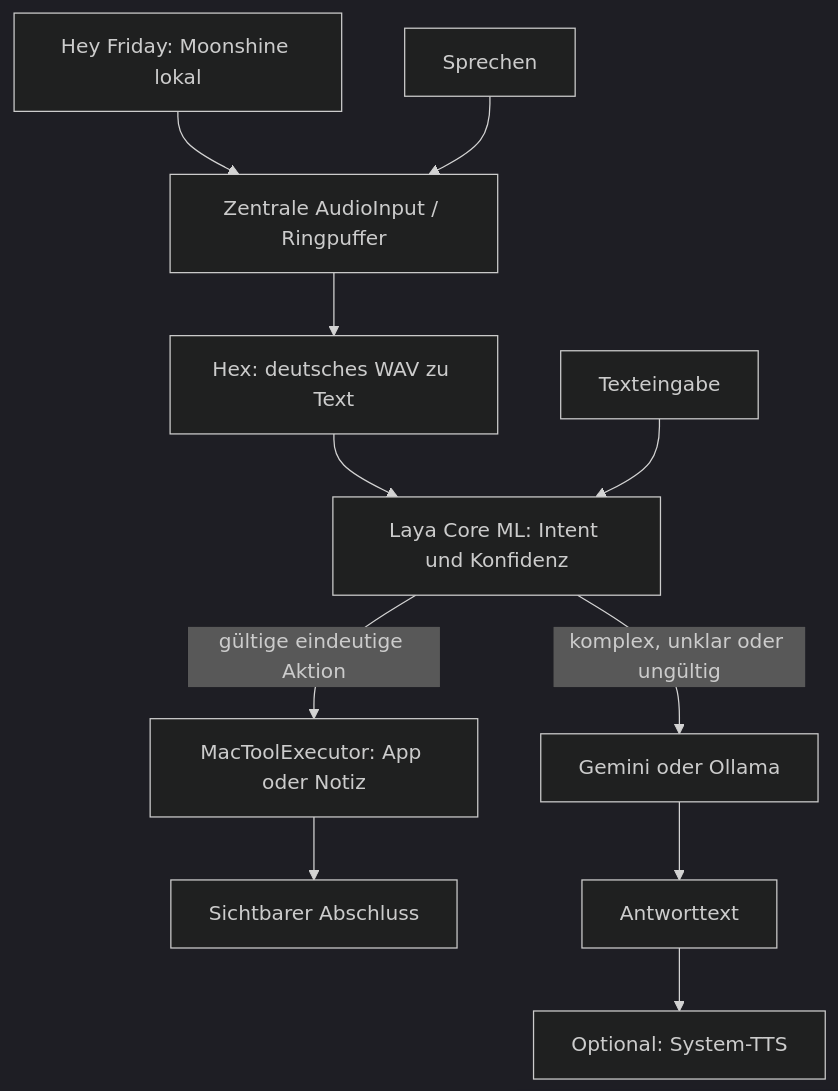
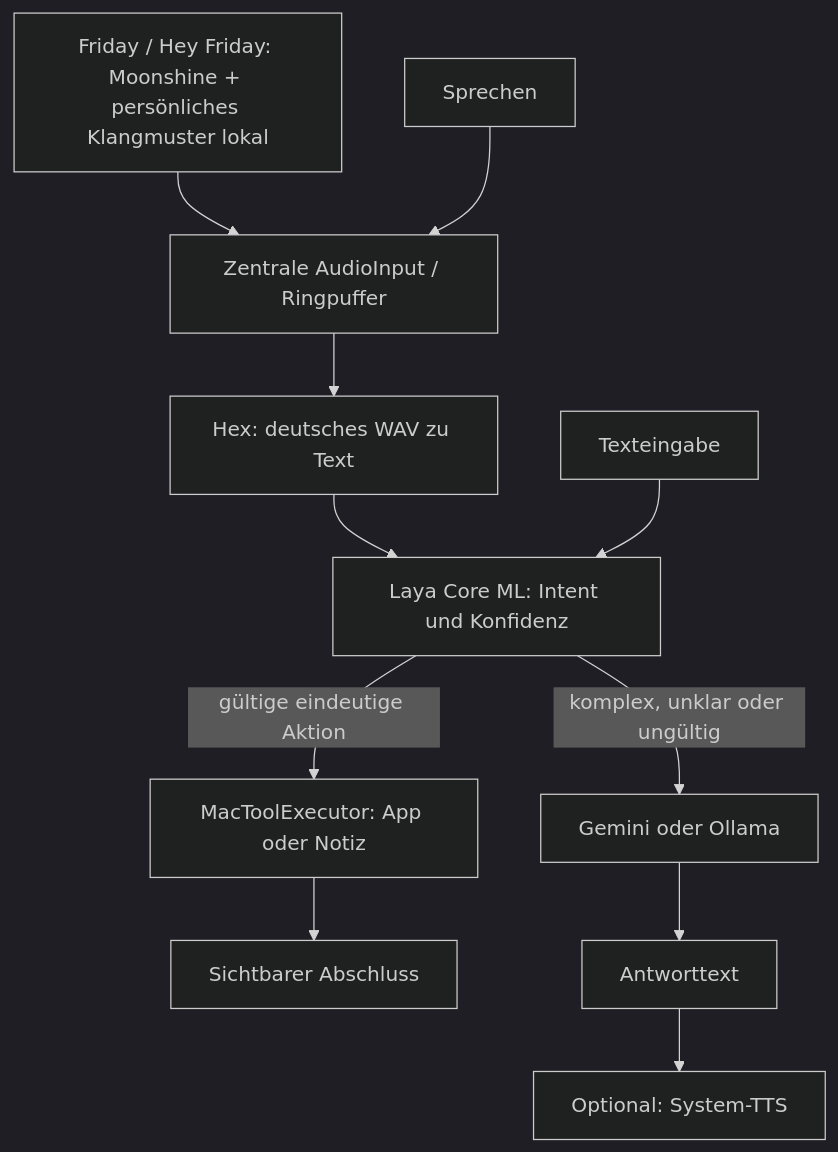
One commit to Taanel/hackday-2026-10-04 changed the diagram in docs/architecture.md. Above: the diagram before and after it, drawn with Mermaid (dark theme). The commit also changed other lines of this file and 16 other files, not shown here.

````diff
--- a/docs/architecture.md
+++ b/docs/architecture.md
@@ -6,13 +6,13 @@
 ```mermaid
 flowchart TD
-    Wake[Hey Friday: Moonshine lokal] --> Capture[Zentrale AudioInput / Ringpuffer]
+    Wake[Friday / Hey Friday: Moonshine + persönliches Klangmuster lokal] --> Capture[Zentrale AudioInput / Ringpuffer]
     Button[Sprechen] --> Capture
     Capture --> Hex[Hex: deutsches WAV zu Text]
     Hex --> Laya[Laya Core ML: Intent und Konfidenz]
     Text[Texteingabe] --> Laya
     Laya -->|gültige eindeutige Aktion| Tools[MacToolExecutor: App oder Notiz]
     Laya -->|komplex, unklar oder ungültig| LLM[Gemini oder Ollama]
     Tools --> Done[Sichtbarer Abschluss]
     LLM --> Reply[Antworttext]
     Reply --> TTS[Optional: System-TTS]
 ```
````
